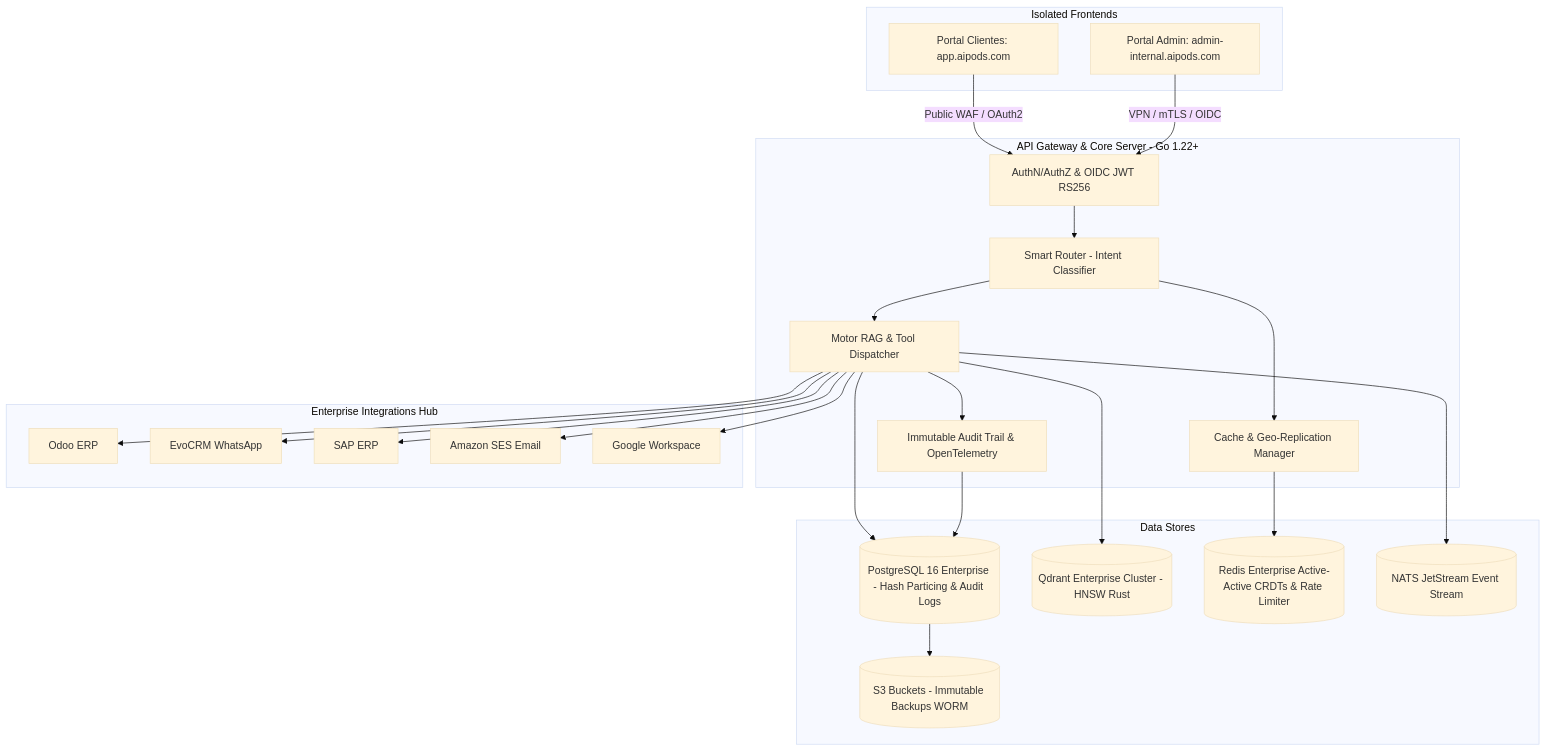
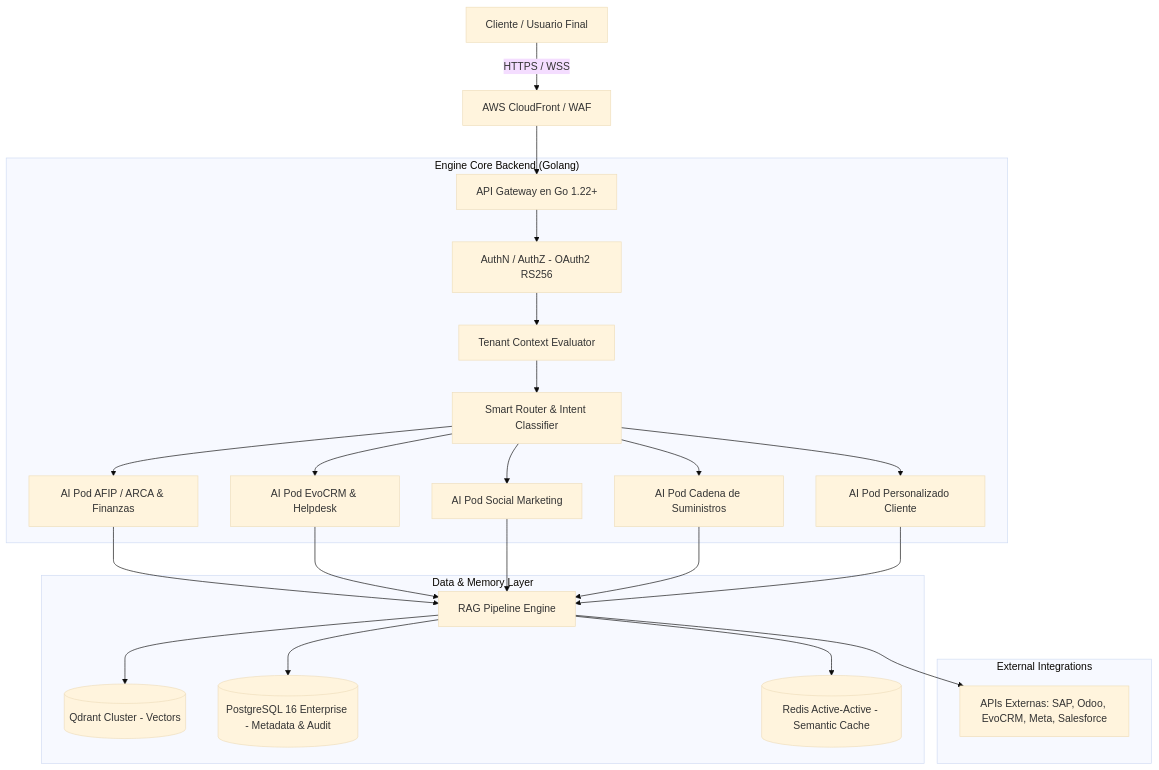
The diagram in docs/SDD.md (onlyone-ai-pods/aipods-core-engine), drawn with Mermaid (base theme) before and after one commit. The commit also changed other lines of this file and 3 other files, not shown here.

First line of the commit message:
[REF] core: update project name to AI Pods Enterprise SaaS and establish universal API/ERP positioning

````diff
--- a/docs/SDD.md
+++ b/docs/SDD.md
@@ -26,53 +21,28 @@
 ```mermaid
 graph TD
-    subgraph Isolated Frontends
-        ClientApp[Portal Clientes: app.aipods.com]
-        AdminApp[Portal Admin: admin-internal.aipods.com]
+    User[Cliente / Usuario Final] -->|HTTPS / WSS| WAF[AWS CloudFront / WAF]
+    WAF --> Gateway[API Gateway en Go 1.22+]
+    
+    subgraph "Engine Core Backend (Golang)"
+        Gateway --> Auth[AuthN / AuthZ - OAuth2 RS256]
+        Auth --> TenantCtx[Tenant Context Evaluator]
+        TenantCtx --> Router[Smart Router & Intent Classifier]
+        
+        Router --> PodAFIP[AI Pod AFIP / ARCA & Finanzas]
+        Router --> PodEvoCRM[AI Pod EvoCRM & Helpdesk]
+        Router --> PodSocial[AI Pod Social Marketing]
+        Router --> PodSCM[AI Pod Cadena de Suministros]
+        Router --> CustomPod[AI Pod Personalizado Cliente]
     end
 
-    subgraph API Gateway & Core Server - Go 1.22+
-        AuthEngine[AuthN/AuthZ & OIDC JWT RS256]
-        Router[Smart Router - Intent Classifier]
-        CacheManager[Cache & Geo-Replication Manager]
-        RAGEngine[Motor RAG & Tool Dispatcher]
-        AuditLogger[Immutable Audit Trail & OpenTelemetry]
+    subgraph "Data & Memory Layer"
+        PodAFIP & PodEvoCRM & PodSocial & PodSCM & CustomPod --> RAGEngine[RAG Pipeline Engine]
+        RAGEngine --> Qdrant[(Qdrant Cluster - Vectors)]
+        RAGEngine --> Postgres[(PostgreSQL 16 Enterprise - Metadata & Audit)]
+        RAGEngine --> Redis[(Redis Active-Active - Semantic Cache)]
     end
 
-    subgraph Data Stores
-        RelDB[(PostgreSQL 16 Enterprise - Hash Particing & Audit Logs)]
-        VectorDB[(Qdrant Enterprise Cluster - HNSW Rust)]
-        RedisCache[(Redis Enterprise Active-Active CRDTs & Rate Limiter)]
-        NATSQueue[(NATS JetStream Event Stream)]
-        S3WORM[(S3 Buckets - Immutable Backups WORM)]
+    subgraph "External Integrations"
+        RAGEngine --> ExternalAPIs[APIs Externas: SAP, Odoo, EvoCRM, Meta, Salesforce]
     end
-
-    subgraph Enterprise Integrations Hub
-        Odoo[Odoo ERP]
-        EvoCRM[EvoCRM WhatsApp]
-        SAP[SAP ERP]
-        AmazonSES[Amazon SES Email]
-        GoogleWorkspace[Google Workspace]
-    end
-
-    ClientApp -->|Public WAF / OAuth2| AuthEngine
-    AdminApp -->|VPN / mTLS / OIDC| AuthEngine
-
-    AuthEngine --> Router
-    Router --> CacheManager
-    CacheManager --> RedisCache
-
-    Router --> RAGEngine
-    RAGEngine --> VectorDB
-    RAGEngine --> RelDB
-    RAGEngine --> NATSQueue
-
-    RAGEngine --> AuditLogger
-    AuditLogger --> RelDB
-    RelDB --> S3WORM
-
-    RAGEngine --> Odoo
-    RAGEngine --> EvoCRM
-    RAGEngine --> SAP
-    RAGEngine --> AmazonSES
-    RAGEngine --> GoogleWorkspace
 ```
````
